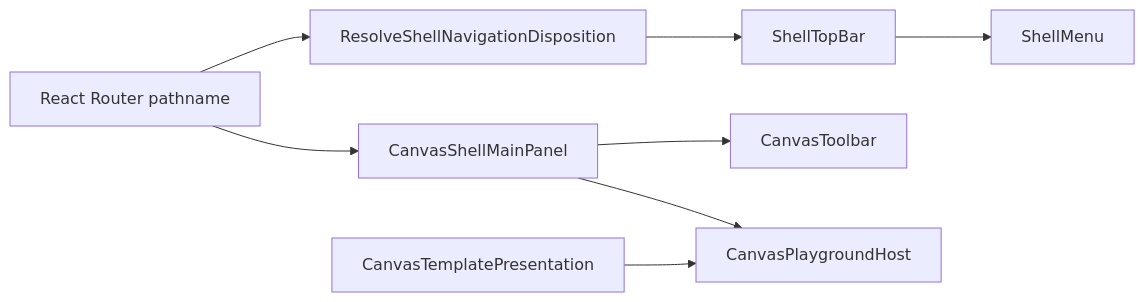
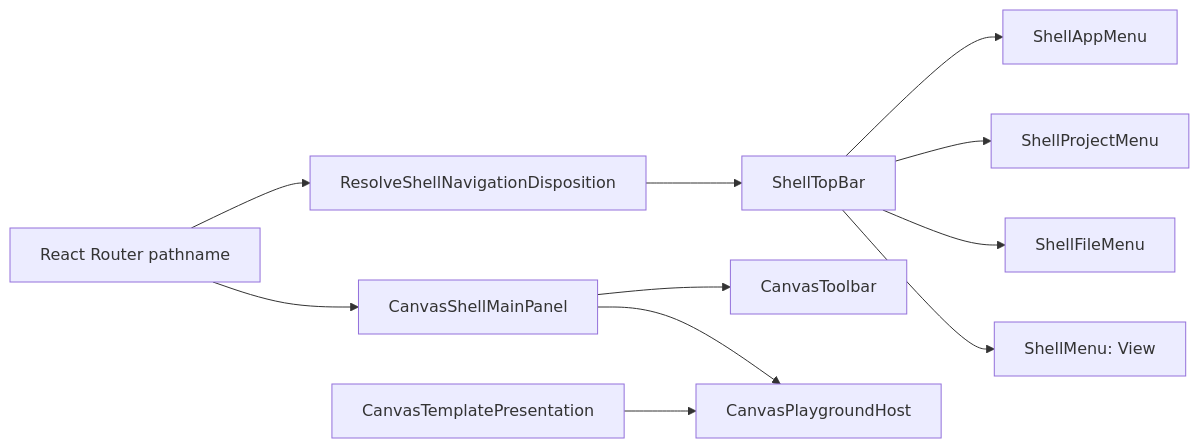
Before and after one commit to dunay2/dvt: the third of 4 diagrams in docs/architecture/components/web/appshell/canvas-workbench-screen-composition-component.md, drawn with Mermaid. The commit also changed other lines of this file and 27 other files, not shown here.

````diff
--- a/docs/architecture/components/web/appshell/canvas-workbench-screen-composition-component.md
+++ b/docs/architecture/components/web/appshell/canvas-workbench-screen-composition-component.md
@@ -107,19 +113,25 @@
 ```mermaid
 flowchart LR
   Router["React Router pathname"]
   Disposition["ResolveShellNavigationDisposition"]
   TopBar["ShellTopBar"]
-  Menu["ShellMenu"]
+  AppMenu["ShellAppMenu"]
+  ProjectMenu["ShellProjectMenu"]
+  FileMenu["ShellFileMenu"]
+  ViewMenu["ShellMenu: View"]
   CanvasPanel["CanvasShellMainPanel"]
   Toolbar["CanvasToolbar"]
   Host["CanvasPlaygroundHost"]
   Template["CanvasTemplatePresentation"]
 
   Router --> Disposition
   Disposition --> TopBar
-  TopBar --> Menu
+  TopBar --> AppMenu
+  TopBar --> ProjectMenu
+  TopBar --> FileMenu
+  TopBar --> ViewMenu
   Router --> CanvasPanel
   CanvasPanel --> Toolbar
   CanvasPanel --> Host
   Template --> Host
 ```
````
